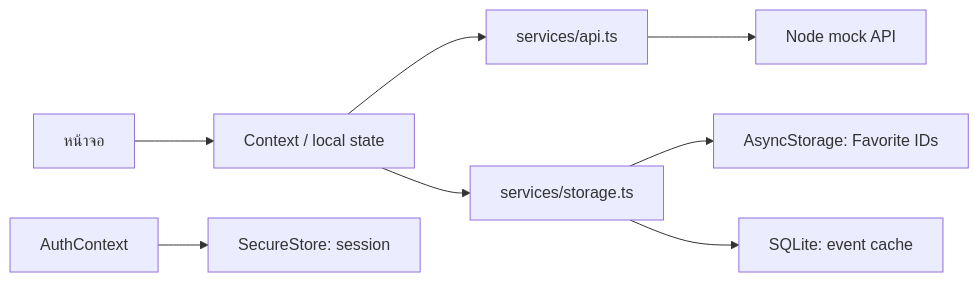
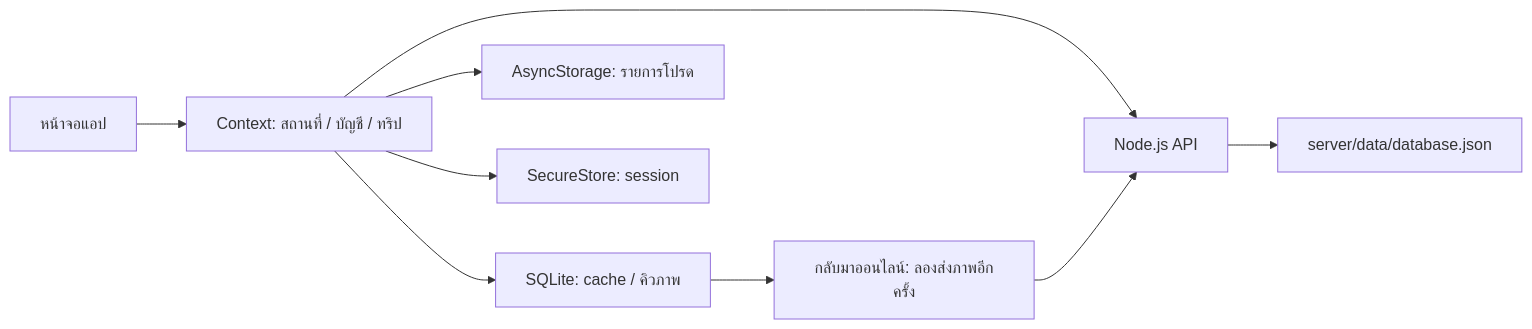
The diagram in docs/ARCHITECTURE.md (jutatipp/appMobile_Assignment11), drawn with Mermaid before and after one commit. The commit also changed other lines of this file and 73 other files, not shown here.

````diff
--- a/docs/ARCHITECTURE.md
+++ b/docs/ARCHITECTURE.md
@@ -41,10 +58,11 @@
 ```mermaid
 flowchart LR
-  UI[หน้าจอ] --> Context[Context / local state]
-  Context --> API[services/api.ts]
-  API --> Server[Node mock API]
-  Context --> Storage[services/storage.ts]
-  Storage --> Favorites[AsyncStorage: Favorite IDs]
-  Storage --> Cache[SQLite: event cache]
-  Auth[AuthContext] --> Secure[SecureStore: session]
+  UI[หน้าจอแอป] --> CTX[Context: สถานที่ / บัญชี / ทริป]
+  CTX --> API[Node.js API]
+  API --> DB[server/data/database.json]
+  CTX --> SQL[SQLite: cache / คิวภาพ]
+  CTX --> AS[AsyncStorage: รายการโปรด]
+  CTX --> SEC[SecureStore: session]
+  SQL --> RETRY[กลับมาออนไลน์: ลองส่งภาพอีกครั้ง]
+  RETRY --> API
 ```
````
